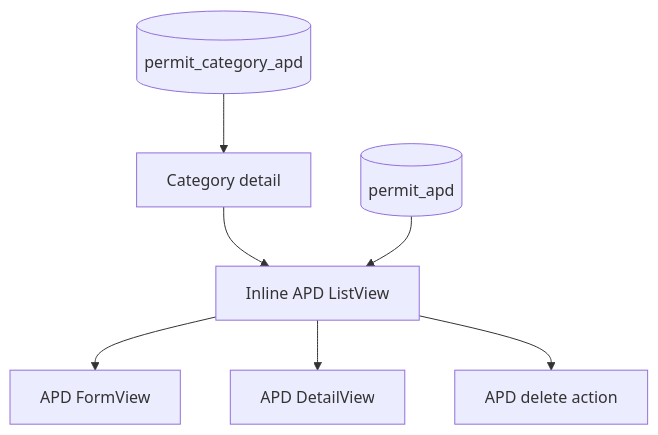
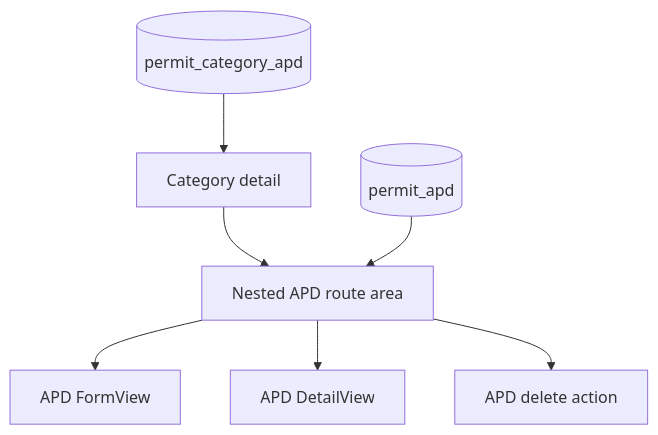
One commit to southneuhof/carta changed the diagram in docs/superpowers/specs/2026-08-19-permit-category-apd-design.md. Above: the diagram before and after it, drawn with Mermaid. The commit also changed other lines of this file and 88 other files, not shown here.

Commit message:
Migrate web resources to schema-bound APIs

````diff
--- a/docs/superpowers/specs/2026-08-19-permit-category-apd-design.md
+++ b/docs/superpowers/specs/2026-08-19-permit-category-apd-design.md
@@ -79,9 +80,9 @@
 ```mermaid
 flowchart TD
   C[(permit_category_apd)] --> CD[Category detail]
-  CD --> A[Inline APD ListView]
+  CD --> A[Nested APD route area]
   A --> F[APD FormView]
   A --> D[APD DetailView]
   A --> X[APD delete action]
   P[(permit_apd)] --> A
 ```
````
